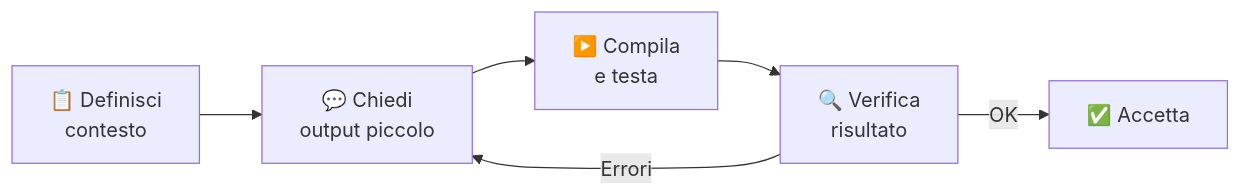
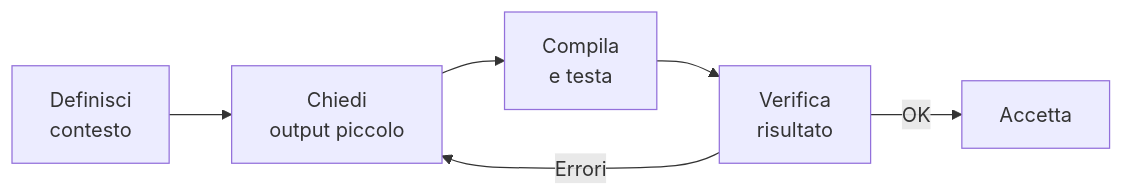
The second of 3 diagrams in pages/slides_lezione1.md (gdegani/its_slides_ai), drawn with Mermaid before and after one commit. The commit also changed other lines of this file and 1 other file, not shown here.

````diff
--- a/pages/slides_lezione1.md
+++ b/pages/slides_lezione1.md
@@ -439,8 +379,8 @@
 ```mermaid
 flowchart LR
-    A["📋 Definisci\ncontesto"] --> B["💬 Chiedi\noutput piccolo"]
-    B --> C["▶️ Compila\ne testa"]
-    C --> D["🔍 Verifica\nrisultato"]
-    D -->|"OK"| E["✅ Accetta"]
+    A["Definisci\ncontesto"] --> B["Chiedi\noutput piccolo"]
+    B --> C["Compila\ne testa"]
+    C --> D["Verifica\nrisultato"]
+    D -->|"OK"| E["Accetta"]
     D -->|"Errori"| B
 ```
````
